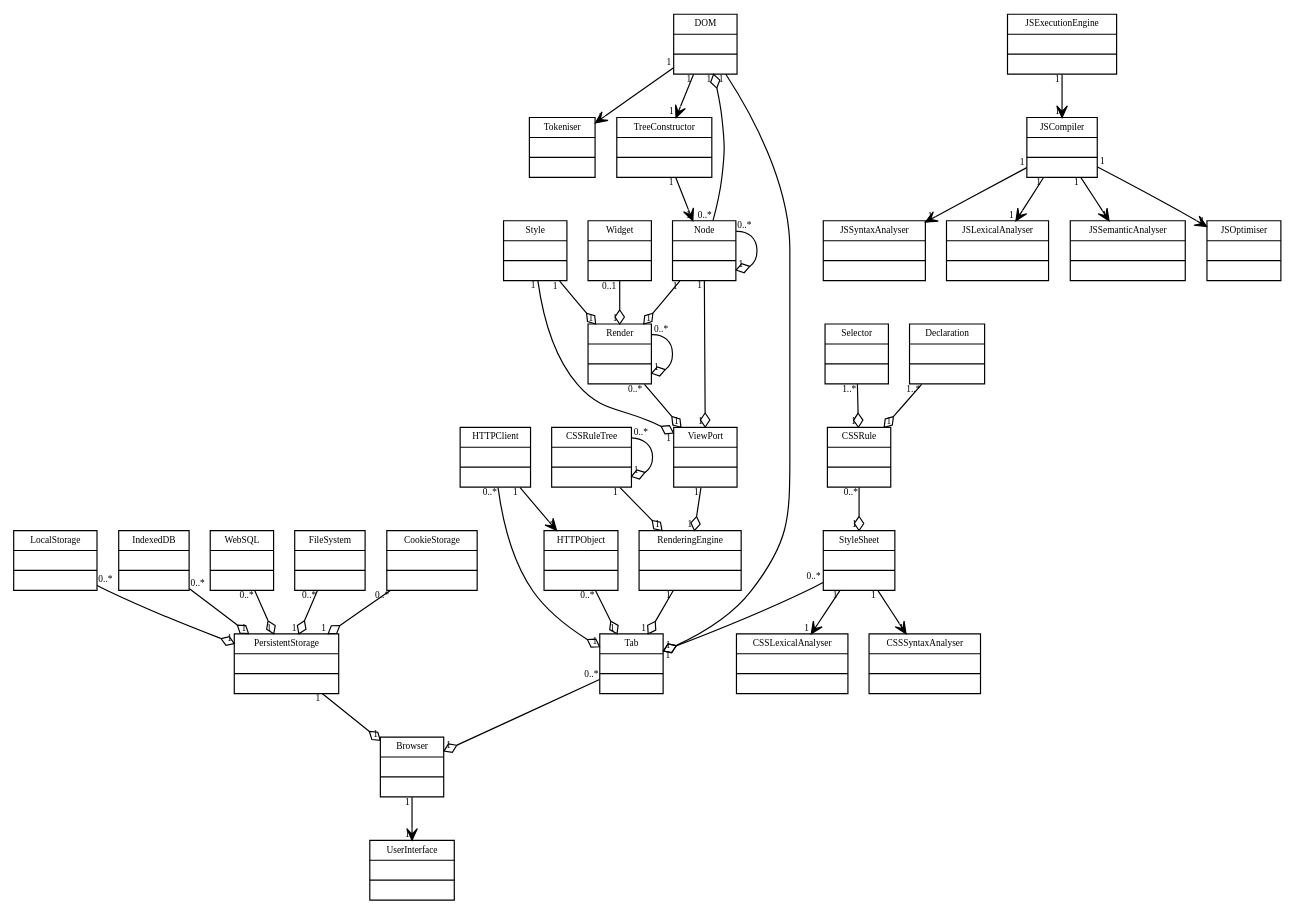
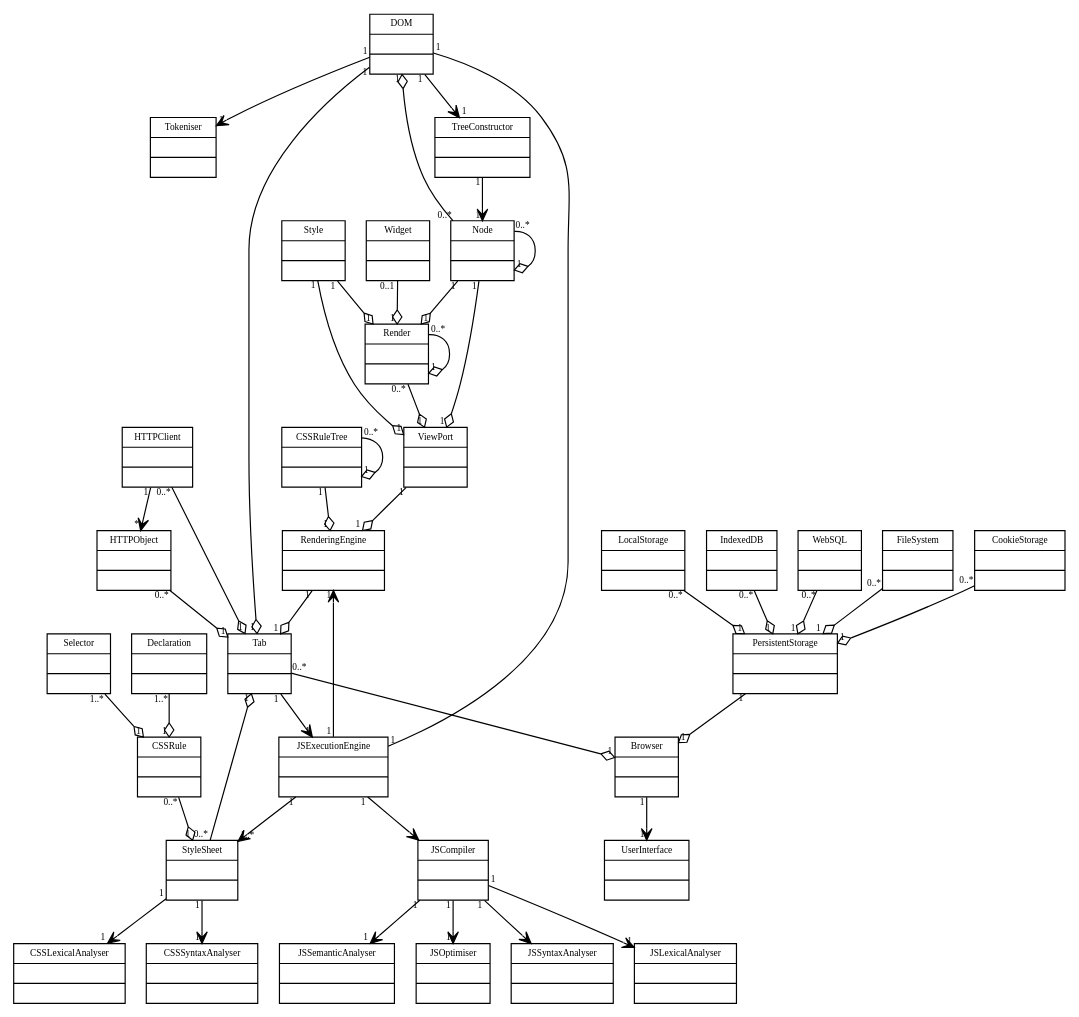
The diagram in class.gv (ScenarioWeekTeam/browser-uml), drawn with Graphviz before and after one commit.

Commit message:
Add relationships between JS engine and the rest of the browser

```diff
--- a/class.gv
+++ b/class.gv
@@ -356,4 +356,24 @@
     JSCompiler -> JSLexicalAnalyser
     JSCompiler -> JSSyntaxAnalyser
     JSExecutionEngine -> JSCompiler
+    Tab -> JSExecutionEngine
+    JSExecutionEngine -> RenderingEngine
+    
+    edge [
+        arrowhead = "open"
+        
+        headlabel = "1..* "
+        taillabel = "1 "
+    ]
+    
+    JSExecutionEngine -> StyleSheet
+    
+    edge [
+        arrowhead = "none"
+        
+        headlabel = "1 "
+        taillabel = "1 "
+    ]
+    
+    DOM -> JSExecutionEngine
 }
```
